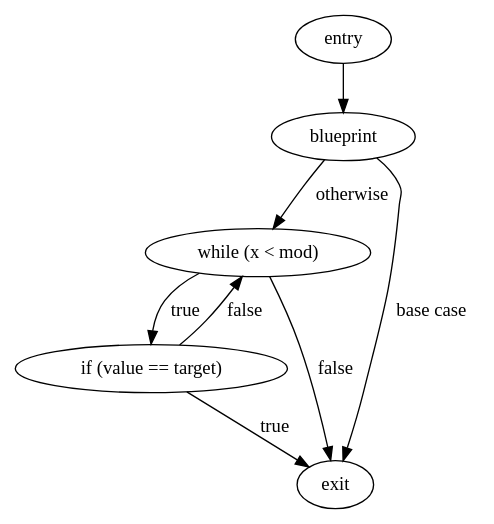
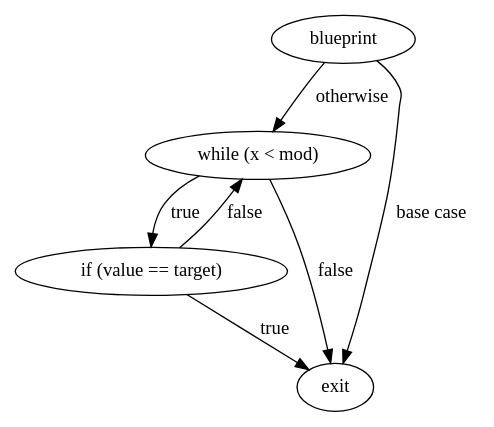
Before and after one commit to twanman1412/blueprintScript: the first of 4 diagrams in examples/naive_dlog/naive_dlog.md, drawn with Graphviz. The commit also changed other lines of this file and 7 other files, not shown here.

````diff
--- a/examples/naive_dlog/naive_dlog.md
+++ b/examples/naive_dlog/naive_dlog.md
@@ -6,17 +6,15 @@
 ```dot
 digraph "CFG for discreteLog" {
-    entry [label="entry"];
     blueprint [label="blueprint"];
     while_loop [label="while (x < mod)"];
     if_value [label="if (value == target)"];
     exit [label="exit"];
 
-    entry -> blueprint;
     blueprint -> while_loop [label="otherwise"];
     blueprint -> exit [label="base case"];
     while_loop -> if_value [label="true"];
     while_loop -> exit [label="false"];
     if_value -> exit [label="true"];
     if_value -> while_loop [label="false"];
 }
 ```
````
